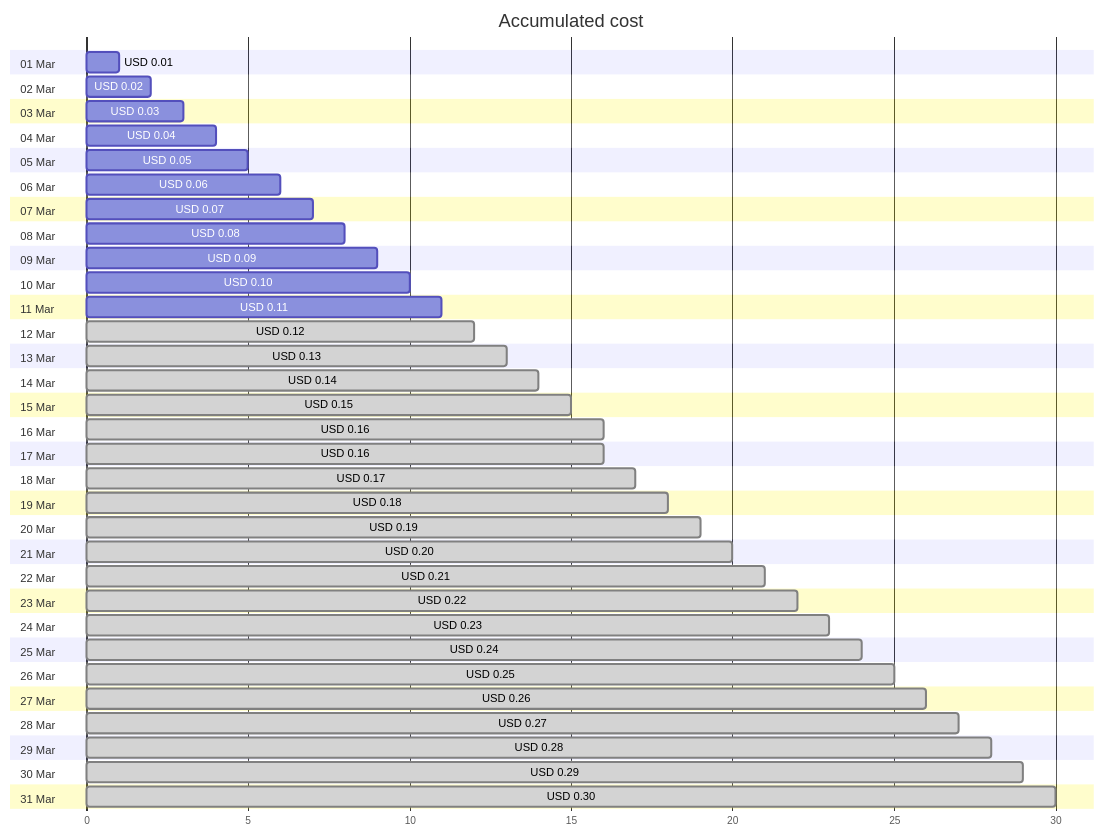
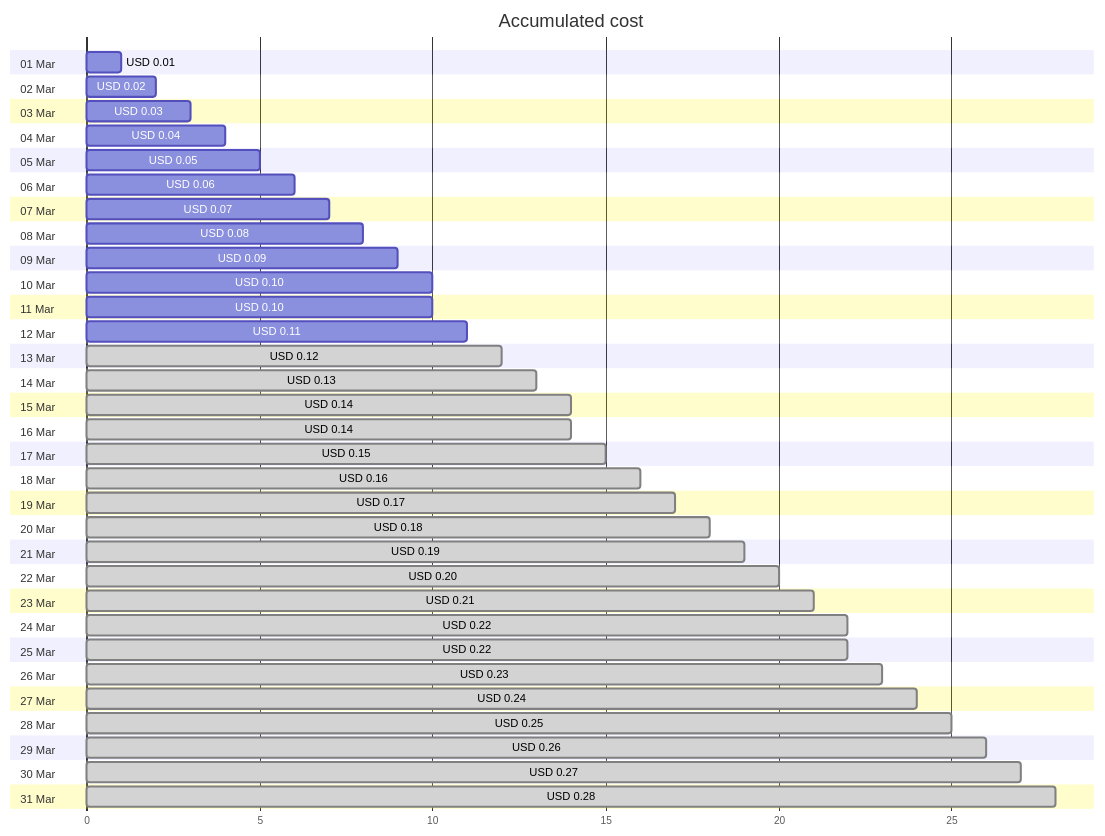
One commit to jpfulton/azure-personal-reports changed the first of 4 diagrams in cost-reports/cloud-shell-storage-eastus/cs2100300008c8d894b.md. Above: the diagram before and after it, drawn with Mermaid. The commit also changed other lines of this file and 1 other file, not shown here.

````diff
--- a/cost-reports/cloud-shell-storage-eastus/cs2100300008c8d894b.md
+++ b/cost-reports/cloud-shell-storage-eastus/cs2100300008c8d894b.md
@@ -20,68 +20,68 @@
 ```mermaid
 gantt
    title Accumulated cost
    dateFormat  X
    axisFormat %s
    section 01 Mar
    USD 0.01 :0, 1
    section 02 Mar
    USD 0.02 :0, 2
    section 03 Mar
    USD 0.03 :0, 3
    section 04 Mar
    USD 0.04 :0, 4
    section 05 Mar
    USD 0.05 :0, 5
    section 06 Mar
    USD 0.06 :0, 6
    section 07 Mar
    USD 0.07 :0, 7
    section 08 Mar
    USD 0.08 :0, 8
    section 09 Mar
    USD 0.09 :0, 9
    section 10 Mar
    USD 0.10 :0, 10
    section 11 Mar
+   USD 0.10 :0, 10
+   section 12 Mar
    USD 0.11 :0, 11
-   section 12 Mar
+   section 13 Mar
    USD 0.12 : done, 0, 12
-   section 13 Mar
+   section 14 Mar
    USD 0.13 : done, 0, 13
-   section 14 Mar
+   section 15 Mar
    USD 0.14 : done, 0, 14
-   section 15 Mar
+   section 16 Mar
+   USD 0.14 : done, 0, 14
+   section 17 Mar
    USD 0.15 : done, 0, 15
-   section 16 Mar
+   section 18 Mar
    USD 0.16 : done, 0, 16
-   section 17 Mar
-   USD 0.16 : done, 0, 16
-   section 18 Mar
+   section 19 Mar
    USD 0.17 : done, 0, 17
-   section 19 Mar
+   section 20 Mar
    USD 0.18 : done, 0, 18
-   section 20 Mar
+   section 21 Mar
    USD 0.19 : done, 0, 19
-   section 21 Mar
+   section 22 Mar
    USD 0.20 : done, 0, 20
-   section 22 Mar
+   section 23 Mar
    USD 0.21 : done, 0, 21
-   section 23 Mar
+   section 24 Mar
    USD 0.22 : done, 0, 22
-   section 24 Mar
+   section 25 Mar
+   USD 0.22 : done, 0, 22
+   section 26 Mar
    USD 0.23 : done, 0, 23
-   section 25 Mar
+   section 27 Mar
    USD 0.24 : done, 0, 24
-   section 26 Mar
+   section 28 Mar
    USD 0.25 : done, 0, 25
-   section 27 Mar
+   section 29 Mar
    USD 0.26 : done, 0, 26
-   section 28 Mar
+   section 30 Mar
    USD 0.27 : done, 0, 27
-   section 29 Mar
+   section 31 Mar
    USD 0.28 : done, 0, 28
-   section 30 Mar
-   USD 0.29 : done, 0, 29
-   section 31 Mar
-   USD 0.30 : done, 0, 30
 ```
````
